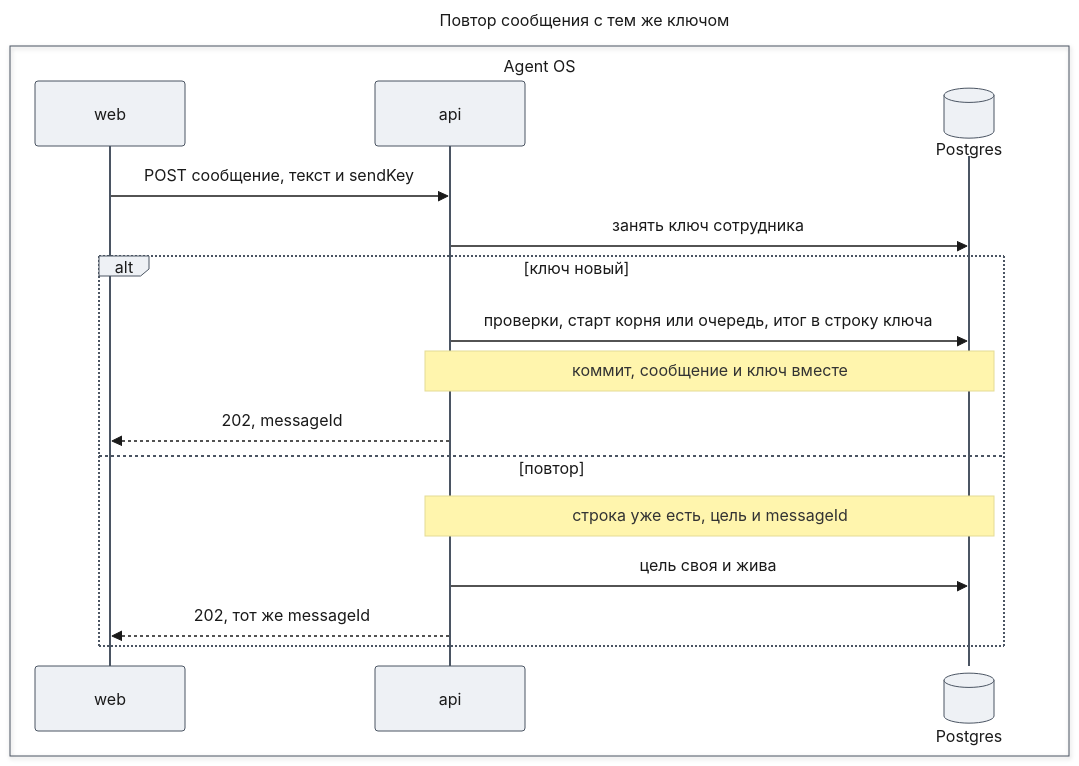
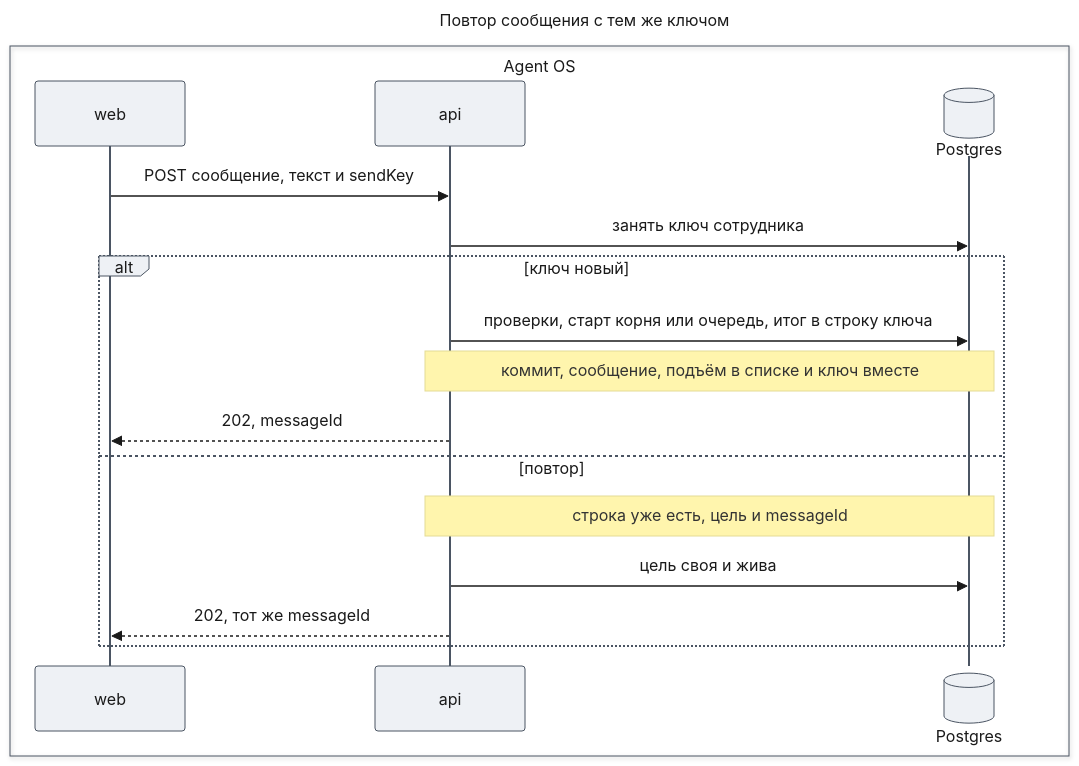
Before and after one commit to tundraray/agent-os: the fourth of 6 diagrams in docs/features/runtime-fixes/design-send.md, drawn with Mermaid. The commit also changed other lines of this file and 1 other file, not shown here.

````diff
--- a/docs/features/runtime-fixes/design-send.md
+++ b/docs/features/runtime-fixes/design-send.md
@@ -279,39 +281,39 @@
 ```mermaid
 ---
 title: "Повтор сообщения с тем же ключом"
 config:
   theme: base
   look: classic
   themeVariables:
     primaryColor: "#eef1f5"
     primaryBorderColor: "#4b5563"
     primaryTextColor: "#1a1a1a"
     lineColor: "#6b7280"
   themeCSS: |
     @keyframes lit_f1send{0%,15%{stroke:#991b1b;stroke-width:6px}16.67%,100%{stroke:#37474f;stroke-width:2px}}
     @keyframes litr_f1send{0%,15%{stroke:#1d4ed8;stroke-width:6px}16.67%,100%{stroke:#37474f;stroke-width:2px}}
     .messageLine0[data-id='i0'],.messageLine1[data-id='i0']{animation:lit_f1send 7.2s linear 0s infinite}
     .messageLine0[data-id='i1'],.messageLine1[data-id='i1']{animation:lit_f1send 7.2s linear 1.2s infinite}
     .messageLine0[data-id='i3'],.messageLine1[data-id='i3']{animation:lit_f1send 7.2s linear 2.4s infinite}
     .messageLine0[data-id='i5'],.messageLine1[data-id='i5']{animation:litr_f1send 7.2s linear 3.6s infinite}
     .messageLine0[data-id='i8'],.messageLine1[data-id='i8']{animation:litr_f1send 7.2s linear 4.8s infinite}
     .messageLine0[data-id='i9'],.messageLine1[data-id='i9']{animation:litr_f1send 7.2s linear 6s infinite}
 ---
 sequenceDiagram
     box Agent OS
         participant Web as web
         participant Api as api
         participant DB@{ "type": "database" } as Postgres
     end
     Web->>Api: POST сообщение, текст и sendKey
     Api->>DB: занять ключ сотрудника
     alt ключ новый
         Api->>DB: проверки, старт корня или очередь, итог в строку ключа
-        Note over Api,DB: коммит, сообщение и ключ вместе
+        Note over Api,DB: коммит, сообщение, подъём в списке и ключ вместе
         Api-->>Web: 202, messageId
     else повтор
         Note over Api,DB: строка уже есть, цель и messageId
         Api->>DB: цель своя и жива
         Api-->>Web: 202, тот же messageId
     end
 ```
````
